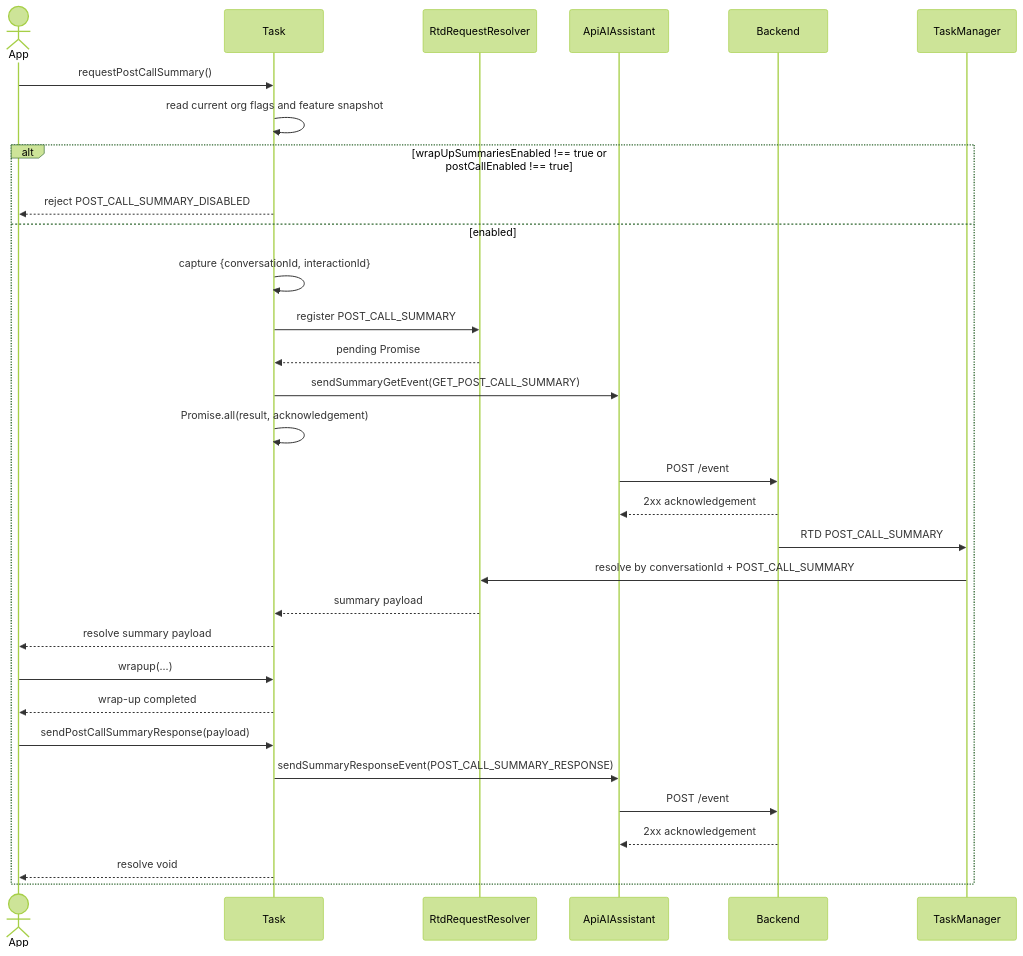
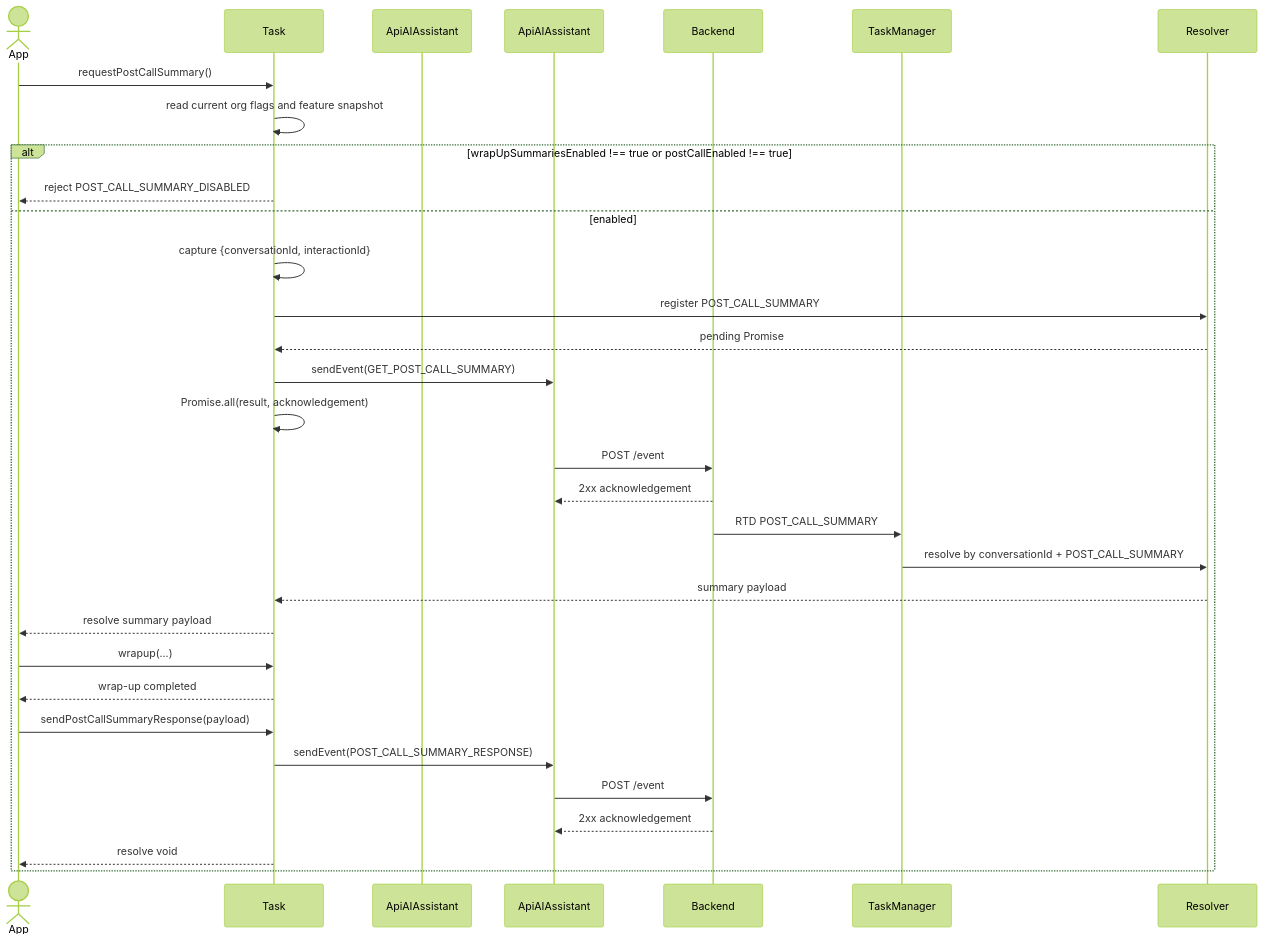
Before and after one commit to webex/webex-js-sdk: the seventh of 10 diagrams in packages/@webex/contact-center/src/services/task/ai-docs/ARCHITECTURE.md, drawn with Mermaid (forest theme). The commit also changed other lines of this file and 22 other files, not shown here.

Commit message:
refactor(contact-center): simplify AI summary RTD handling

````diff
--- a/packages/@webex/contact-center/src/services/task/ai-docs/ARCHITECTURE.md
+++ b/packages/@webex/contact-center/src/services/task/ai-docs/ARCHITECTURE.md
@@ -427,34 +427,34 @@
 ```mermaid
 sequenceDiagram
   actor App
   participant Task
-  participant Resolver as RtdRequestResolver
+  participant Api as ApiAIAssistant
   participant API as ApiAIAssistant
   participant Backend
   participant TM as TaskManager
 
   App->>Task: requestPostCallSummary()
   Task->>Task: read current org flags and feature snapshot
   alt wrapUpSummariesEnabled !== true or postCallEnabled !== true
     Task-->>App: reject POST_CALL_SUMMARY_DISABLED
   else enabled
     Task->>Task: capture {conversationId, interactionId}
     Task->>Resolver: register POST_CALL_SUMMARY
     Resolver-->>Task: pending Promise
-    Task->>API: sendSummaryGetEvent(GET_POST_CALL_SUMMARY)
+    Task->>API: sendEvent(GET_POST_CALL_SUMMARY)
     Task->>Task: Promise.all(result, acknowledgement)
     API->>Backend: POST /event
     Backend-->>API: 2xx acknowledgement
     Backend->>TM: RTD POST_CALL_SUMMARY
     TM->>Resolver: resolve by conversationId + POST_CALL_SUMMARY
     Resolver-->>Task: summary payload
     Task-->>App: resolve summary payload
     App->>Task: wrapup(...)
     Task-->>App: wrap-up completed
     App->>Task: sendPostCallSummaryResponse(payload)
-    Task->>API: sendSummaryResponseEvent(POST_CALL_SUMMARY_RESPONSE)
+    Task->>API: sendEvent(POST_CALL_SUMMARY_RESPONSE)
     API->>Backend: POST /event
     Backend-->>API: 2xx acknowledgement
     Task-->>App: resolve void
   end
 ```
````
